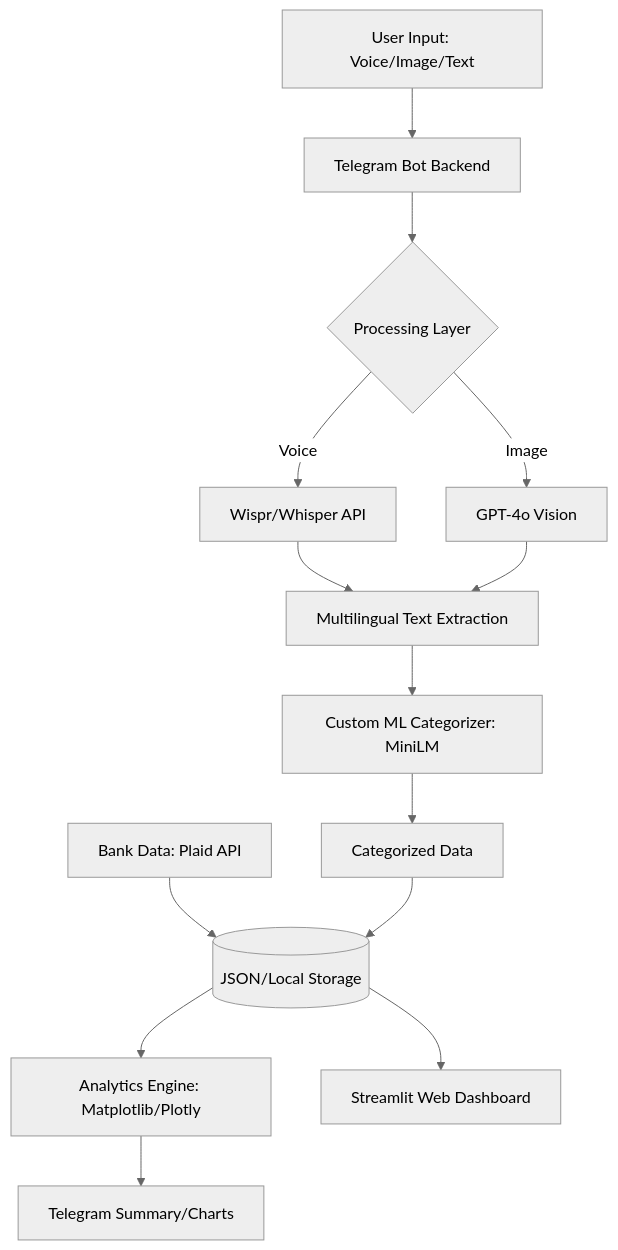
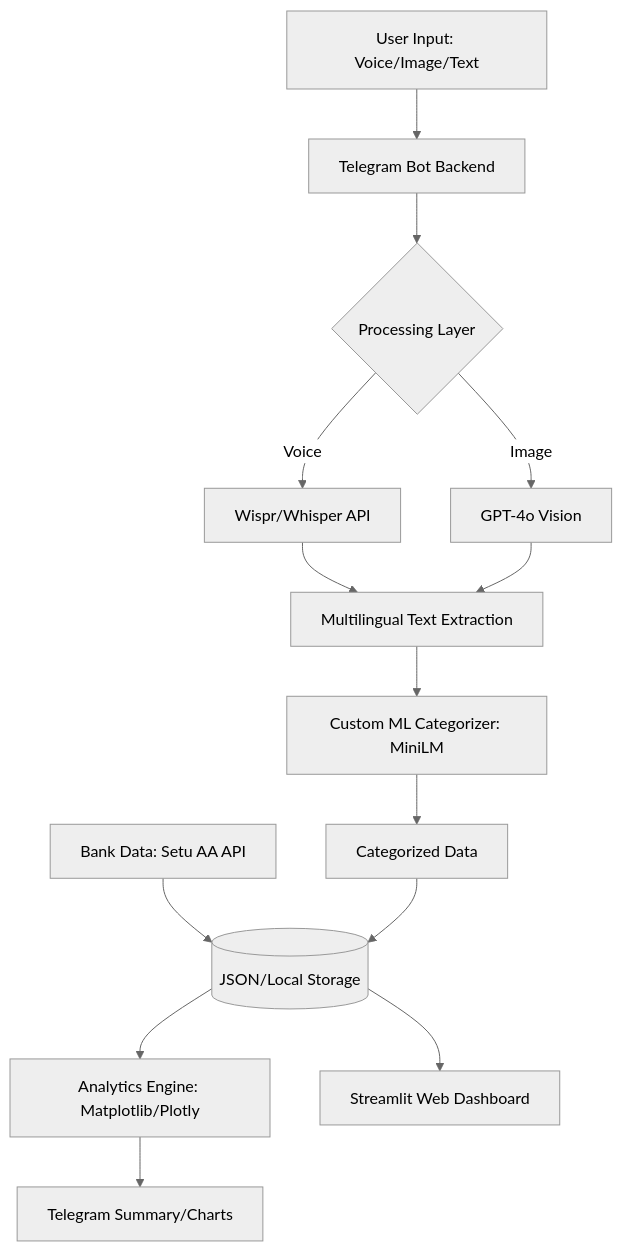
The diagram in README.md (VectorFlow-vvce/Track1_Requiem), drawn with Mermaid (neutral theme) before and after one commit. The commit also changed other lines of this file and 20 other files, not shown here.

Commit message:
Replace Plaid with Setu Account Aggregator for Indian Bank Sync (Fixed: removed secrets)

````diff
--- a/README.md
+++ b/README.md
@@ -65,16 +65,16 @@
 ```mermaid
 graph TD
     A[User Input: Voice/Image/Text] --> B[Telegram Bot Backend]
-    P[Bank Data: Plaid API] --> I
+    P[Bank Data: Setu AA API] --> I
     B --> C{Processing Layer}
     C -->|Voice| D[Wispr/Whisper API]
     C -->|Image| E[GPT-4o Vision]
     D --> F[Multilingual Text Extraction]
     E --> F
     F --> G[Custom ML Categorizer: MiniLM]
     G --> H[Categorized Data]
     H --> I[(JSON/Local Storage)]
     I --> J[Analytics Engine: Matplotlib/Plotly]
     J --> K[Telegram Summary/Charts]
     I --> L[Streamlit Web Dashboard]
 ```
````
